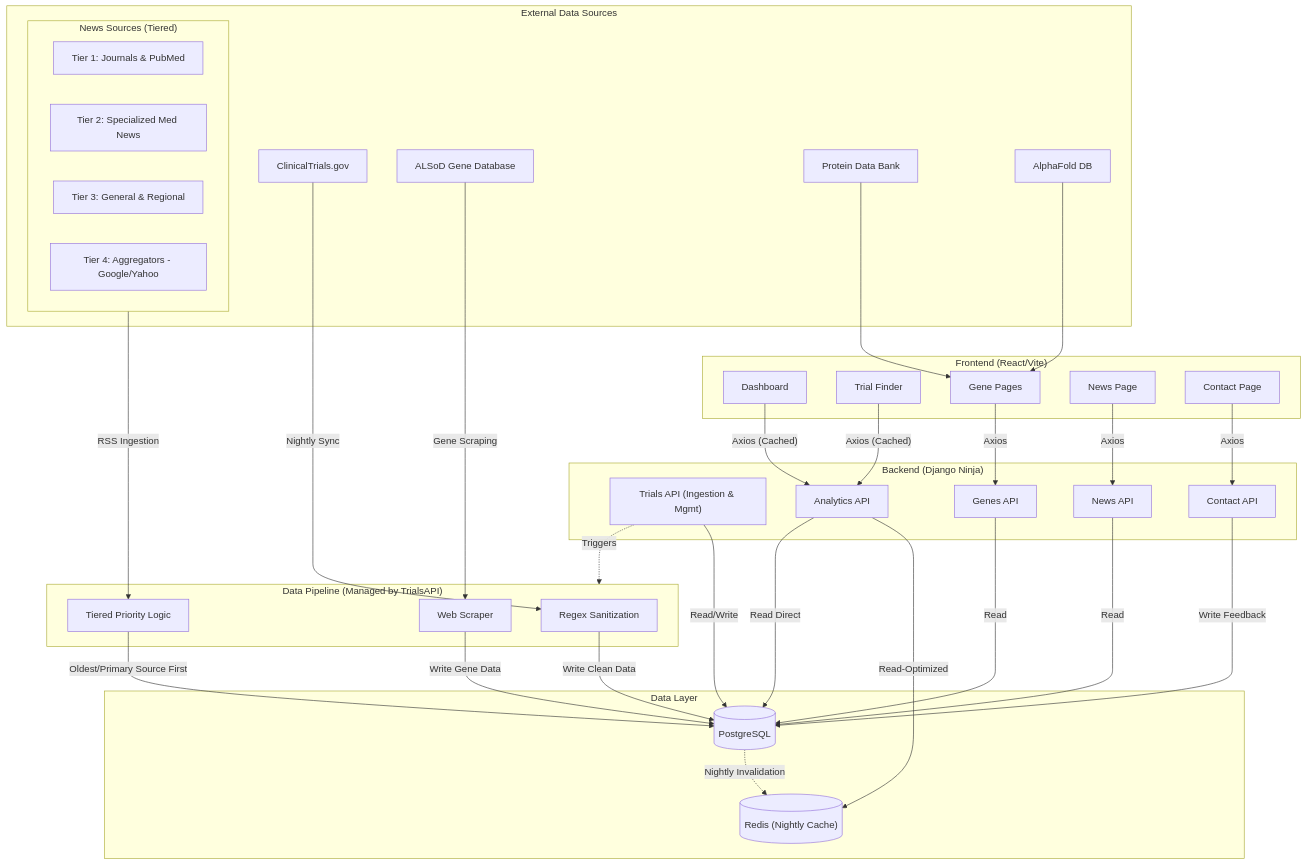
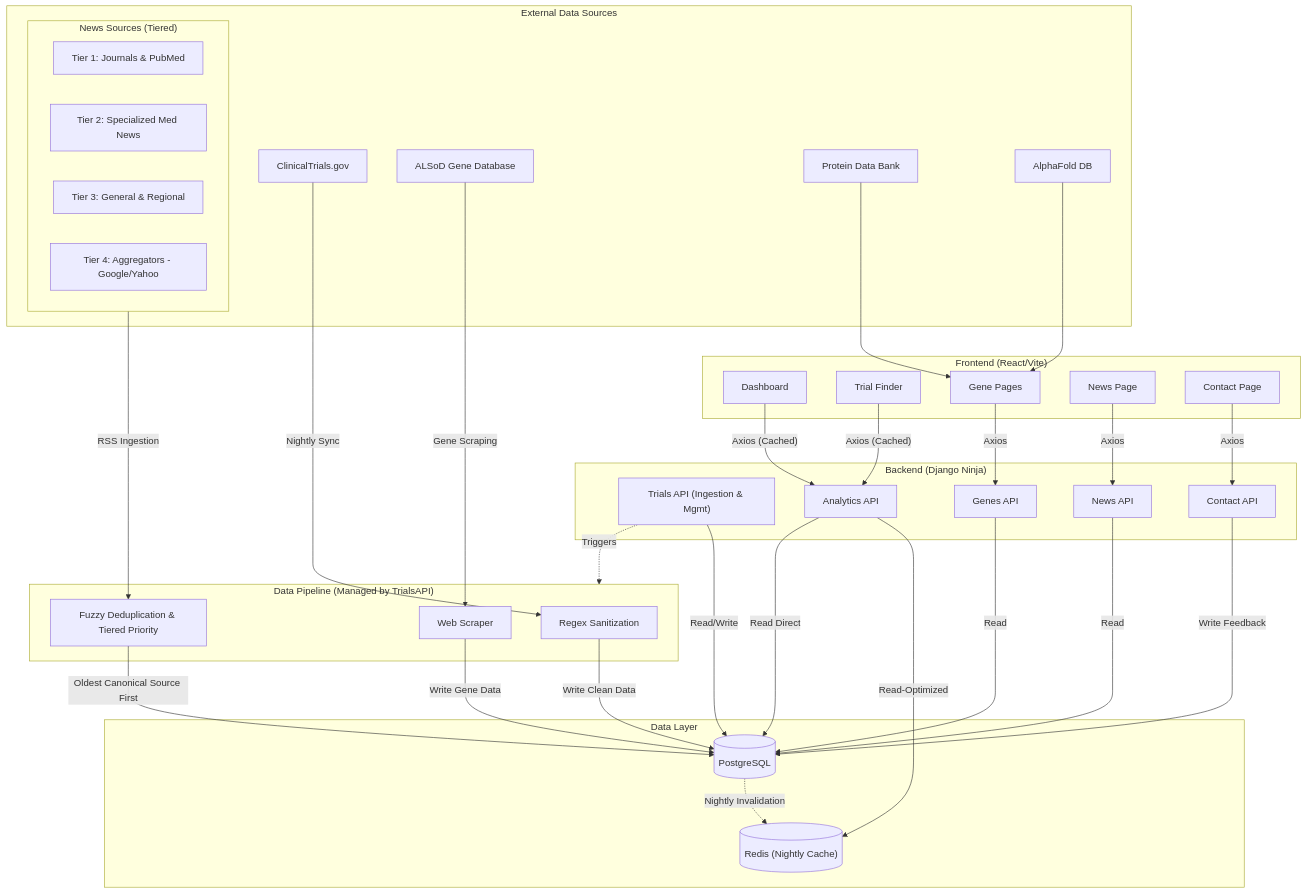
Before and after one commit to tuckthomas/ALS-FTD-Dashboard: the diagram in README.md, drawn with Mermaid. The commit also changed other lines of this file, not shown here.

Commit message:
docs: document smart news deduplication logic in architecture and features

````diff
--- a/README.md
+++ b/README.md
@@ -29,78 +29,78 @@
 ```mermaid
 flowchart TB
     %% Level 1: External Data Sources
     subgraph ExternalGroup["External Data Sources"]
         ClinicalTrials[ClinicalTrials.gov]
         ALSoD[ALSoD Gene Database]
         PDB[Protein Data Bank]
         AlphaFold[AlphaFold DB]
         
         subgraph NewsSources["News Sources (Tiered)"]
             T1[Tier 1: Journals & PubMed]
             T2[Tier 2: Specialized Med News]
             T3[Tier 3: General & Regional]
             T4[Tier 4: Aggregators - Google/Yahoo]
         end
     end
 
     %% Level 2: Data Pipeline & Ingestion
     subgraph PipelineGroup["Data Pipeline (Managed by TrialsAPI)"]
         Sanitizer[Regex Sanitization]
         Scraper[Web Scraper]
-        Prioritizer[Tiered Priority Logic]
+        Prioritizer[Fuzzy Deduplication & Tiered Priority]
     end
 
     %% Level 3: Backend & Data Layer
     subgraph BackendGroup["Backend (Django Ninja)"]
         TrialsAPI["Trials API (Ingestion & Mgmt)"]
         AnalyticsAPI[Analytics API]
         GenesAPI[Genes API]
         NewsAPI[News API]
         ContactAPI[Contact API]
     end
 
     subgraph DataLayerGroup["Data Layer"]
         PostgreSQL[(PostgreSQL)]
         Redis[("Redis (Nightly Cache)")]
     end
 
     %% Level 4: Frontend
     subgraph FrontendGroup["Frontend (React/Vite)"]
         Dashboard[Dashboard]
         TrialFinder[Trial Finder]
         GenePages[Gene Pages]
         NewsPage[News Page]
         ContactPage[Contact Page]
     end
 
     %% Data Inflow (Pipeline)
     ClinicalTrials -->|Nightly Sync| Sanitizer
     ALSoD -->|Gene Scraping| Scraper
     NewsSources -->|RSS Ingestion| Prioritizer
     TrialsAPI -.->|Triggers| PipelineGroup
     Sanitizer -->|Write Clean Data| PostgreSQL
     Scraper -->|Write Gene Data| PostgreSQL
-    Prioritizer -->|Oldest/Primary Source First| PostgreSQL
+    Prioritizer -->|Oldest Canonical Source First| PostgreSQL
     
     %% Cache Population (Explicit)
     PostgreSQL -.->|Nightly Invalidation| Redis
 
     %% Backend/Data Layer Interactions
     TrialsAPI -->|Read/Write| PostgreSQL
     AnalyticsAPI -->|Read-Optimized| Redis
     AnalyticsAPI -->|Read Direct| PostgreSQL
     GenesAPI -->|Read| PostgreSQL
     NewsAPI -->|Read| PostgreSQL
     ContactAPI -->|Write Feedback| PostgreSQL
 
     %% Frontend Consumption (Outflow)
     Dashboard -->|"Axios (Cached)"| AnalyticsAPI
     TrialFinder -->|"Axios (Cached)"| AnalyticsAPI
     GenePages -->|Axios| GenesAPI
     NewsPage -->|Axios| NewsAPI
     ContactPage -->|Axios| ContactAPI
 
     %% External Direct Integrations (Frontend)
     PDB --> GenePages
     AlphaFold --> GenePages
 ```
````
